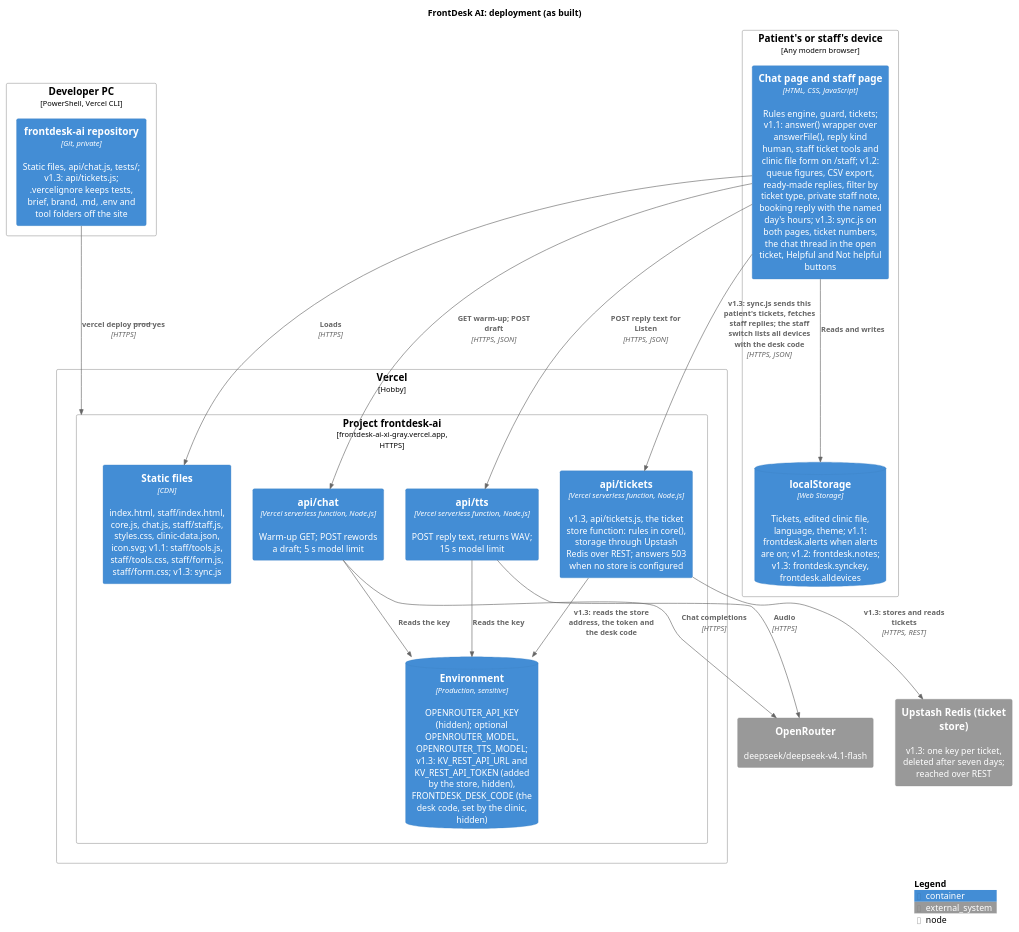
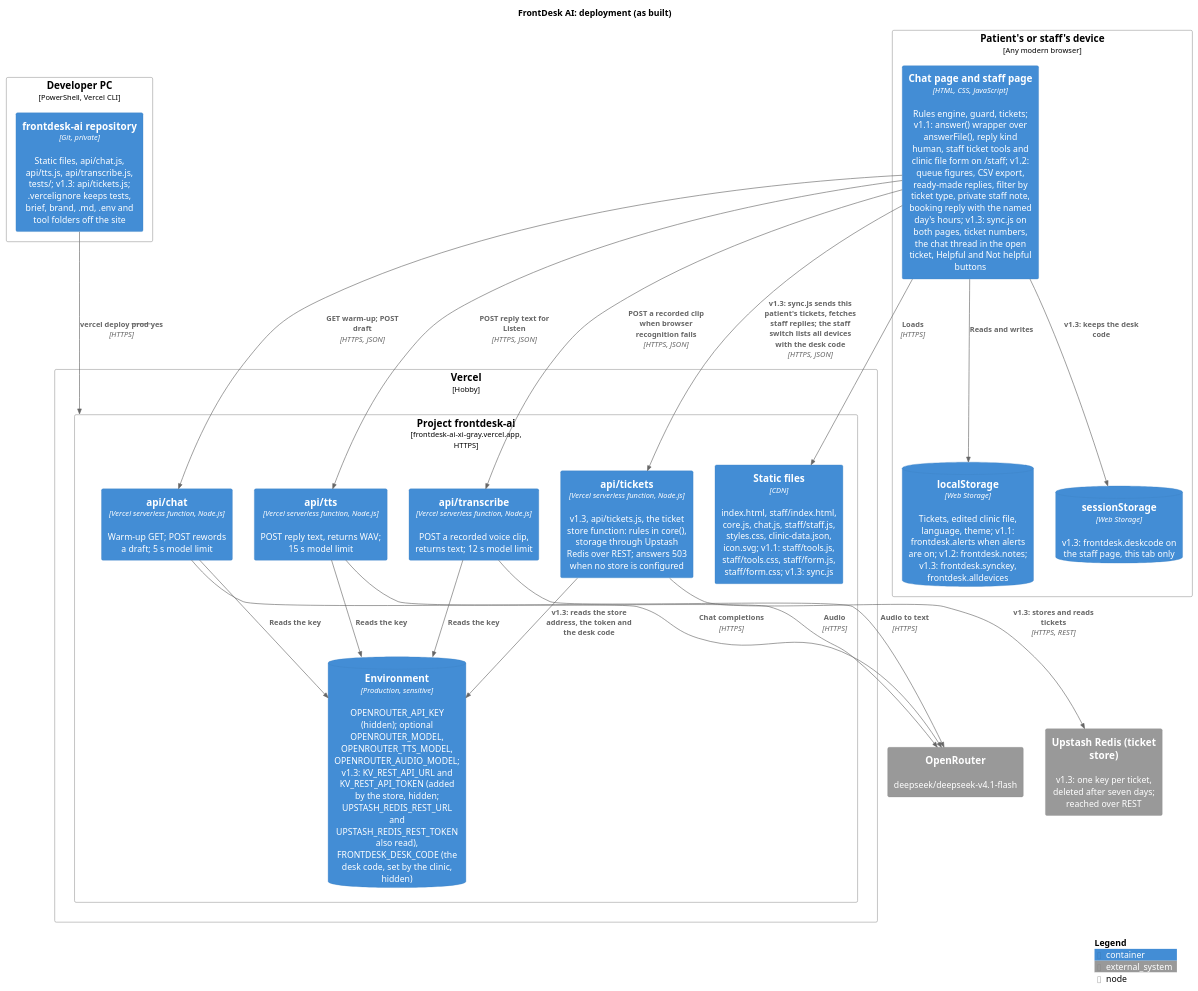
The diagram in docs/diagrams/deployment.puml (karwasanjay007/frontdesk-ai-docs), drawn with PlantUML before and after one commit. The commit also changed 25 other files, not shown here.

First line of the commit message:
Documents checked against the code: four server functions, voice backup in the privacy lines, diagrams, journeys, requirements and epics corrected to version 1.3.0.0

```diff
--- a/docs/diagrams/deployment.puml
+++ b/docs/diagrams/deployment.puml
@@ -1,41 +1,47 @@
 @startuml deployment
 !include <C4/C4_Deployment>
 title FrontDesk AI: deployment (as built)
 
 Deployment_Node(dev, "Developer PC", "PowerShell, Vercel CLI") {
-  Container(src, "frontdesk-ai repository", "Git, private", "Static files, api/chat.js, tests/; v1.3: api/tickets.js; .vercelignore keeps tests, brief, brand, .md, .env and tool folders off the site")
+  Container(src, "frontdesk-ai repository", "Git, private", "Static files, api/chat.js, api/tts.js, api/transcribe.js, tests/; v1.3: api/tickets.js; .vercelignore keeps tests, brief, brand, .md, .env and tool folders off the site")
 }
 
 Deployment_Node(vercel, "Vercel", "Hobby") {
   Deployment_Node(proj, "Project frontdesk-ai", "frontdesk-ai-xi-gray.vercel.app, HTTPS") {
     Container(static, "Static files", "CDN", "index.html, staff/index.html, core.js, chat.js, staff/staff.js, styles.css, clinic-data.json, icon.svg; v1.1: staff/tools.js, staff/tools.css, staff/form.js, staff/form.css; v1.3: sync.js")
     Container(fn, "api/chat", "Vercel serverless function, Node.js", "Warm-up GET; POST rewords a draft; 5 s model limit")
     Container(tts, "api/tts", "Vercel serverless function, Node.js", "POST reply text, returns WAV; 15 s model limit")
+    Container(transcribe, "api/transcribe", "Vercel serverless function, Node.js", "POST a recorded voice clip, returns text; 12 s model limit")
     Container(ticketsfn, "api/tickets", "Vercel serverless function, Node.js", "v1.3, api/tickets.js, the ticket store function: rules in core(), storage through Upstash Redis over REST; answers 503 when no store is configured")
-    ContainerDb(env, "Environment", "Production, sensitive", "OPENROUTER_API_KEY (hidden); optional OPENROUTER_MODEL, OPENROUTER_TTS_MODEL; v1.3: KV_REST_API_URL and KV_REST_API_TOKEN (added by the store, hidden), FRONTDESK_DESK_CODE (the desk code, set by the clinic, hidden)")
+    ContainerDb(env, "Environment", "Production, sensitive", "OPENROUTER_API_KEY (hidden); optional OPENROUTER_MODEL, OPENROUTER_TTS_MODEL, OPENROUTER_AUDIO_MODEL; v1.3: KV_REST_API_URL and KV_REST_API_TOKEN (added by the store, hidden; UPSTASH_REDIS_REST_URL and UPSTASH_REDIS_REST_TOKEN also read), FRONTDESK_DESK_CODE (the desk code, set by the clinic, hidden)")
   }
 }
 
 Deployment_Node(device, "Patient's or staff's device", "Any modern browser") {
   Container(pages, "Chat page and staff page", "HTML, CSS, JavaScript", "Rules engine, guard, tickets; v1.1: answer() wrapper over answerFile(), reply kind human, staff ticket tools and clinic file form on /staff; v1.2: queue figures, CSV export, ready-made replies, filter by ticket type, private staff note, booking reply with the named day's hours; v1.3: sync.js on both pages, ticket numbers, the chat thread in the open ticket, Helpful and Not helpful buttons")
   ContainerDb(ls, "localStorage", "Web Storage", "Tickets, edited clinic file, language, theme; v1.1: frontdesk.alerts when alerts are on; v1.2: frontdesk.notes; v1.3: frontdesk.synckey, frontdesk.alldevices")
+  ContainerDb(ss, "sessionStorage", "Web Storage", "v1.3: frontdesk.deskcode on the staff page, this tab only")
 }
 
 System_Ext(openrouter, "OpenRouter", "deepseek/deepseek-v4.1-flash")
 System_Ext(upstash, "Upstash Redis (ticket store)", "v1.3: one key per ticket, deleted after seven days; reached over REST")
 
 Rel(src, proj, "vercel deploy --prod --yes", "HTTPS")
 Rel(pages, static, "Loads", "HTTPS")
 Rel(pages, fn, "GET warm-up; POST draft", "HTTPS, JSON")
 Rel(pages, tts, "POST reply text for Listen", "HTTPS, JSON")
 Rel(tts, env, "Reads the key")
 Rel(tts, openrouter, "Audio", "HTTPS")
+Rel(pages, transcribe, "POST a recorded clip when browser recognition fails", "HTTPS, JSON")
+Rel(transcribe, env, "Reads the key")
+Rel(transcribe, openrouter, "Audio to text", "HTTPS")
 Rel(fn, env, "Reads the key")
 Rel(fn, openrouter, "Chat completions", "HTTPS")
 Rel(pages, ls, "Reads and writes")
+Rel(pages, ss, "v1.3: keeps the desk code")
 Rel(pages, ticketsfn, "v1.3: sync.js sends this patient's tickets, fetches staff replies; the staff switch lists all devices with the desk code", "HTTPS, JSON")
 Rel(ticketsfn, env, "v1.3: reads the store address, the token and the desk code")
 Rel(ticketsfn, upstash, "v1.3: stores and reads tickets", "HTTPS, REST")
 
 SHOW_LEGEND()
 @enduml
```
